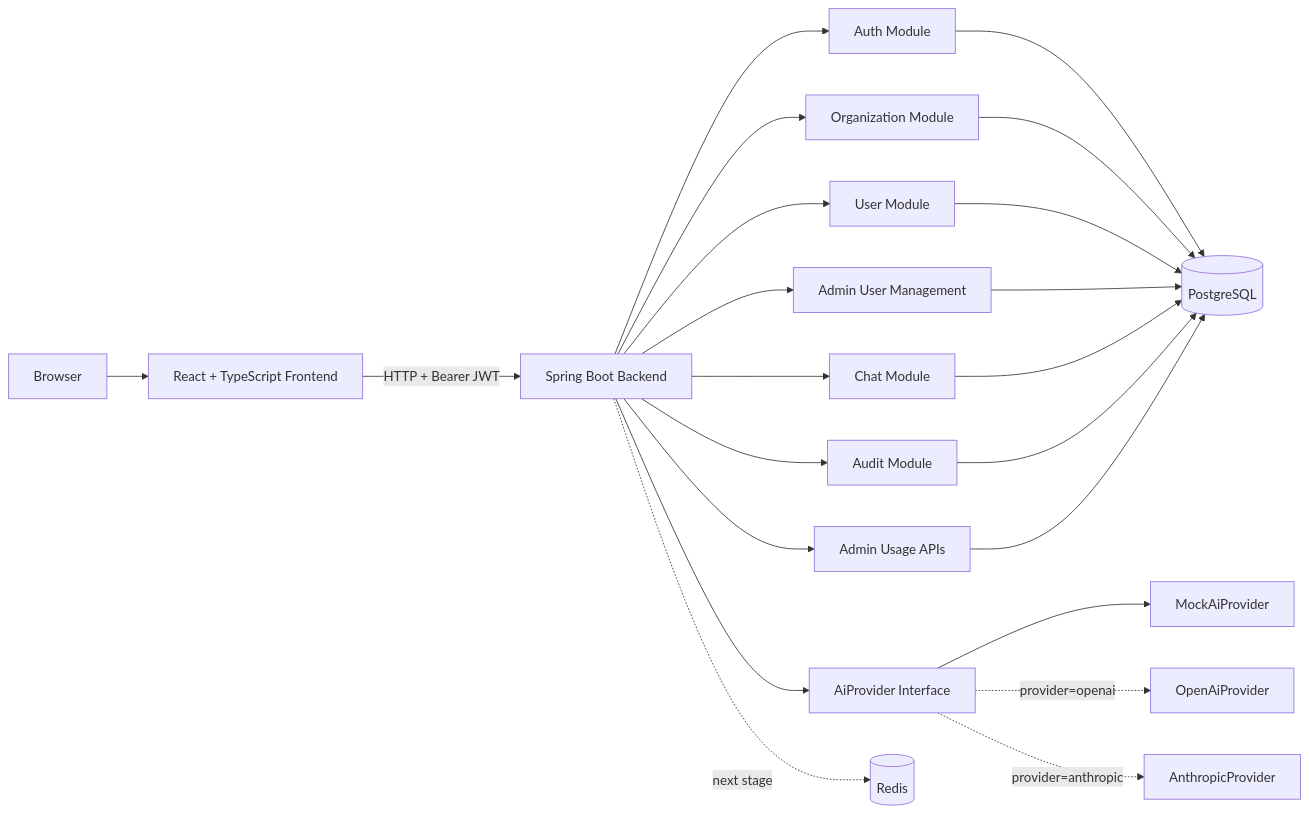
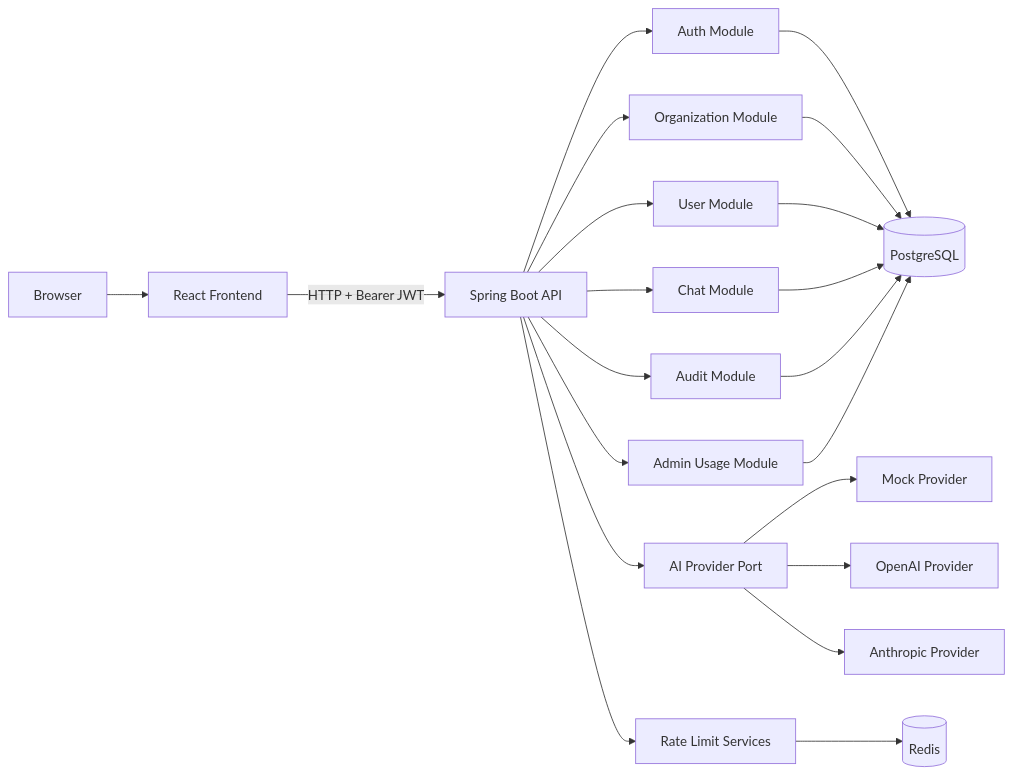
One commit to Amid-1/Safeai-desk changed the first of 6 diagrams in README.md. Above: the diagram before and after it, drawn with Mermaid. The commit also changed other lines of this file and 83 other files, not shown here.

````diff
--- a/README.md
+++ b/README.md
@@ -138,28 +308,27 @@
 ```mermaid
 flowchart LR
-    Browser[Browser] --> FE[React + TypeScript Frontend]
-    FE -->|HTTP + Bearer JWT| API[Spring Boot Backend]
+    Browser[Browser] --> FE[React Frontend]
+    FE -->|HTTP + Bearer JWT| API[Spring Boot API]
 
     API --> AUTH[Auth Module]
     API --> ORG[Organization Module]
-    API --> USERS[User Module]
-    API --> USERMGMT[Admin User Management]
+    API --> USER[User Module]
     API --> CHAT[Chat Module]
-    API --> AI[AiProvider Interface]
+    API --> AI[AI Provider Port]
     API --> AUDIT[Audit Module]
-    API --> ADMIN[Admin Usage APIs]
+    API --> ADMIN[Admin Usage Module]
+    API --> RATE[Rate Limit Services]
 
-    AI --> MOCK[MockAiProvider]
-    AI -. provider=openai .-> OPENAI[OpenAiProvider]
-    AI -. provider=anthropic .-> ANTHROPIC[AnthropicProvider]
+    AI --> MOCK[Mock Provider]
+    AI --> OPENAI[OpenAI Provider]
+    AI --> ANTHROPIC[Anthropic Provider]
 
     AUTH --> PG[(PostgreSQL)]
     ORG --> PG
-    USERS --> PG
-    USERMGMT --> PG
+    USER --> PG
     CHAT --> PG
     AUDIT --> PG
     ADMIN --> PG
 
-    API -. next stage .-> REDIS[(Redis)]
+    RATE --> REDIS[(Redis)]
 ```
````
